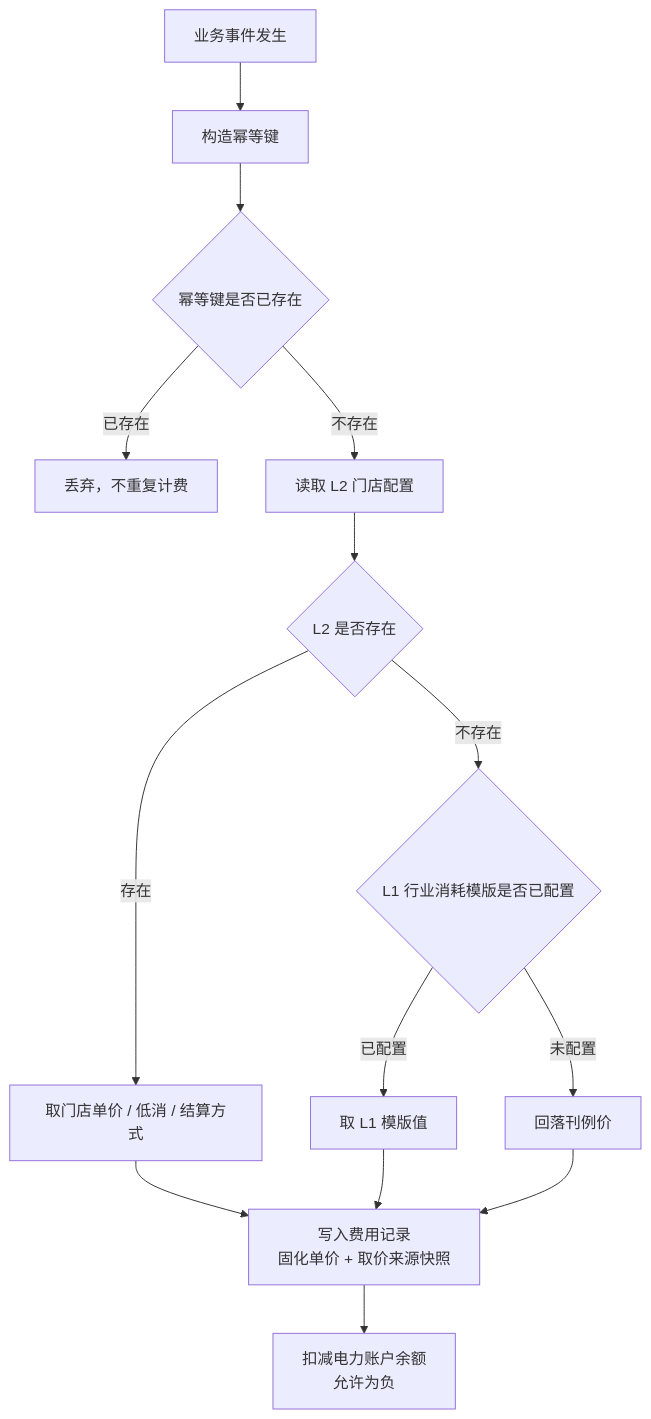
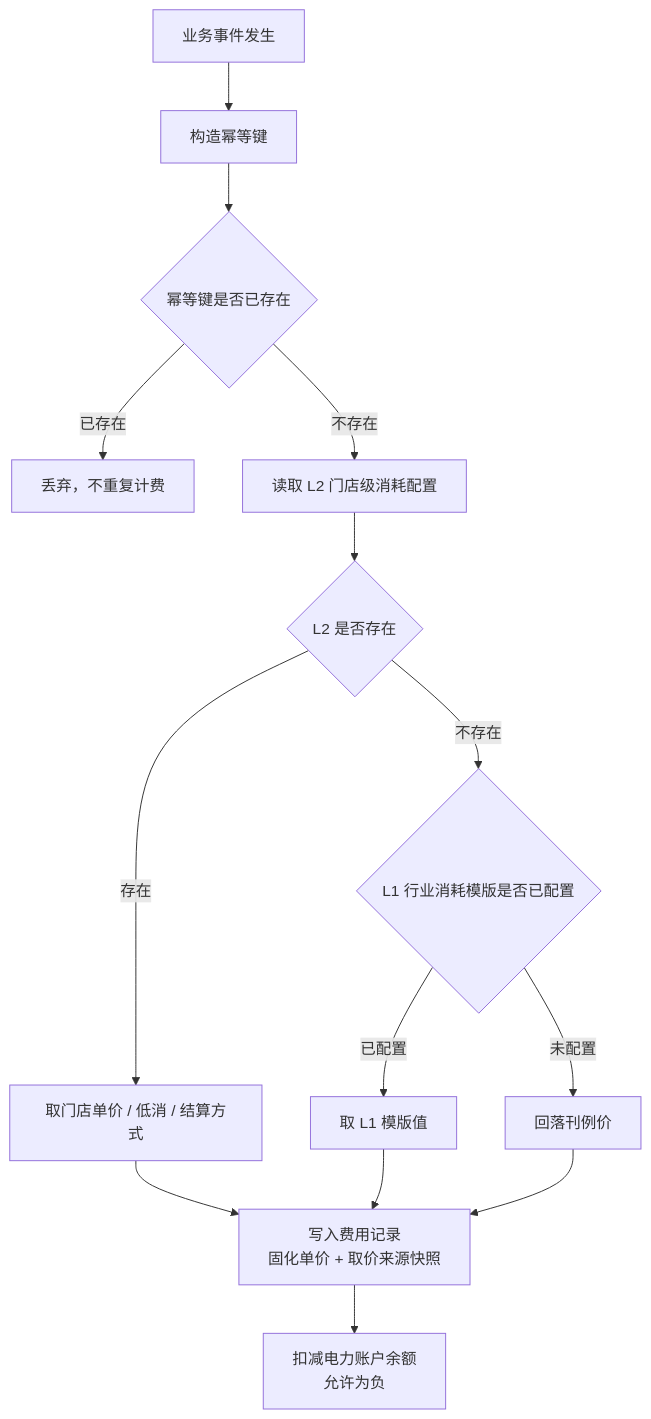
Before and after one commit to hunterandrabbits-a11y/AI-Army: the second of 3 diagrams in docs/prd/PRD-v1.4-计费规则.md, drawn with Mermaid. The commit also changed other lines of this file, not shown here.

````diff
--- a/docs/prd/PRD-v1.4-计费规则.md
+++ b/docs/prd/PRD-v1.4-计费规则.md
@@ -286,16 +286,16 @@
 ```mermaid
 flowchart TD
     A[业务事件发生] --> B[构造幂等键]
     B --> C{幂等键是否已存在}
     C -->|已存在| D[丢弃，不重复计费]
-    C -->|不存在| E[读取 L2 门店配置]
+    C -->|不存在| E[读取 L2 门店级消耗配置]
     E --> F{L2 是否存在}
     F -->|存在| G[取门店单价 / 低消 / 结算方式]
     F -->|不存在| H{L1 行业消耗模版是否已配置}
     H -->|已配置| I[取 L1 模版值]
     H -->|未配置| J[回落刊例价]
     G --> K[写入费用记录<br/>固化单价 + 取价来源快照]
     I --> K
     J --> K
     K --> L[扣减电力账户余额<br/>允许为负]
 ```
````
